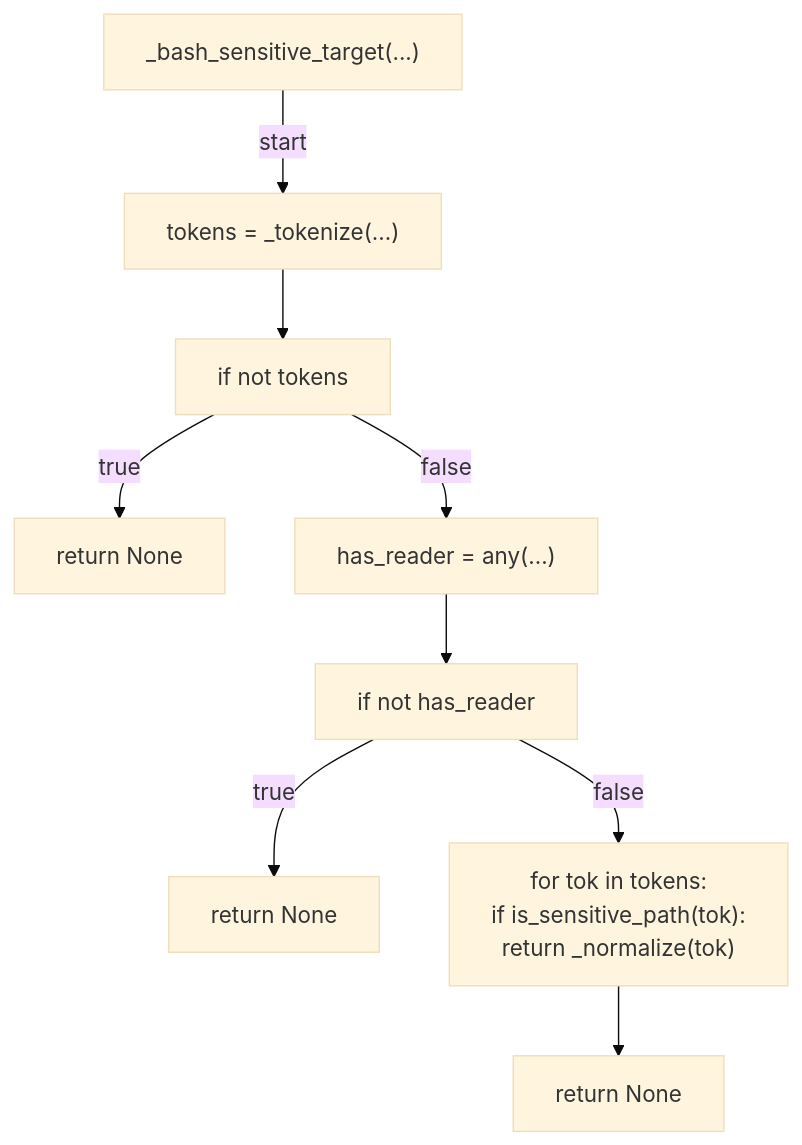
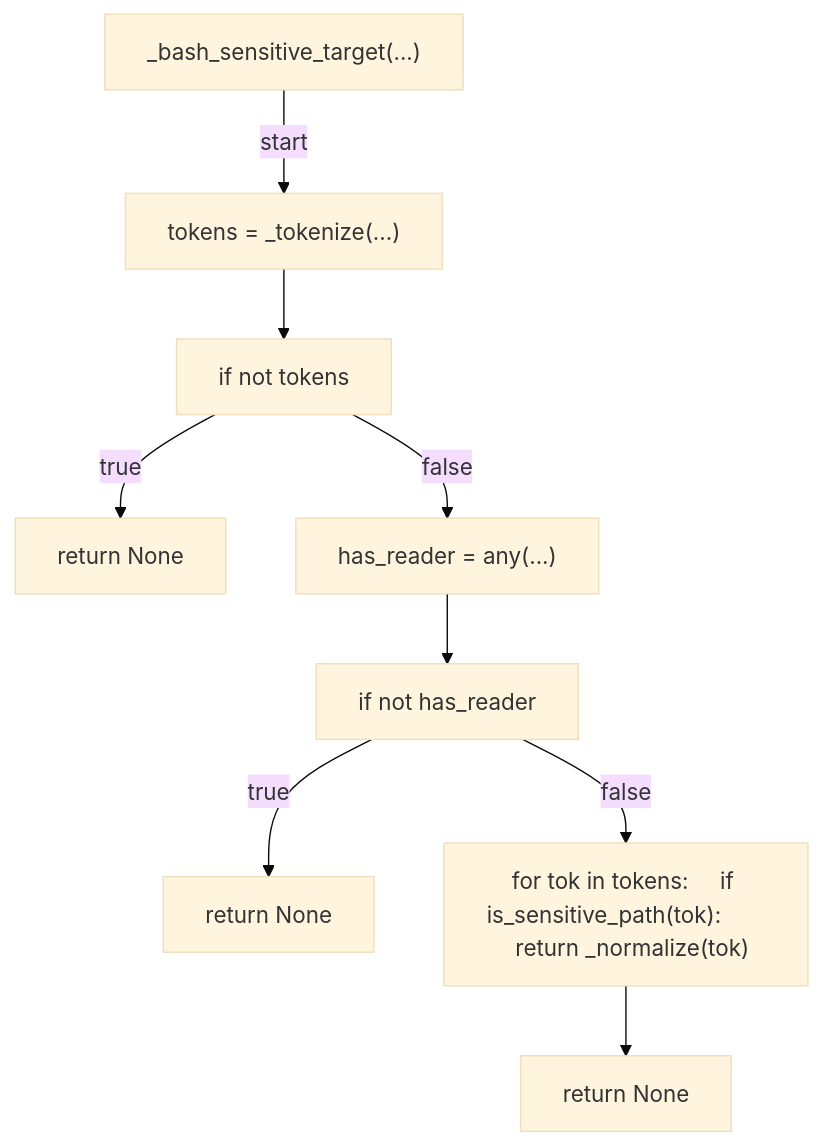
Before and after one commit to tvna/claude-md: the fourth of 7 diagrams in docs/generated/scripts/ast/block_sensitive_reads.md, drawn with Mermaid (base theme). The commit also changed other lines of this file and 20 other files, not shown here.

First line of the commit message:
docs(generated): regenerate decision tree and workflow diagrams (batch 1/5)

````diff
--- a/docs/generated/scripts/ast/block_sensitive_reads.md
+++ b/docs/generated/scripts/ast/block_sensitive_reads.md
@@ -64,22 +62,20 @@
 ```mermaid
 flowchart TD
     N001["_bash_sensitive_target(...)"]
     N002["tokens = _tokenize(...)"]
     N003["if not tokens"]
     N004["return None"]
     N005["has_reader = any(...)"]
     N006["if not has_reader"]
     N007["return None"]
-    N008["for tok in tokens:
-    if is_sensitive_path(tok):
-        return _normalize(tok)"]
+    N008["for tok in tokens:     if is_sensitive_path(tok):         return _normalize(tok)"]
     N009["return None"]
     N001 -->|"start"| N002
     N002 --> N003
     N003 -->|"true"| N004
     N003 -->|"false"| N005
     N005 --> N006
     N006 -->|"true"| N007
     N006 -->|"false"| N008
     N008 --> N009
 ```
````
